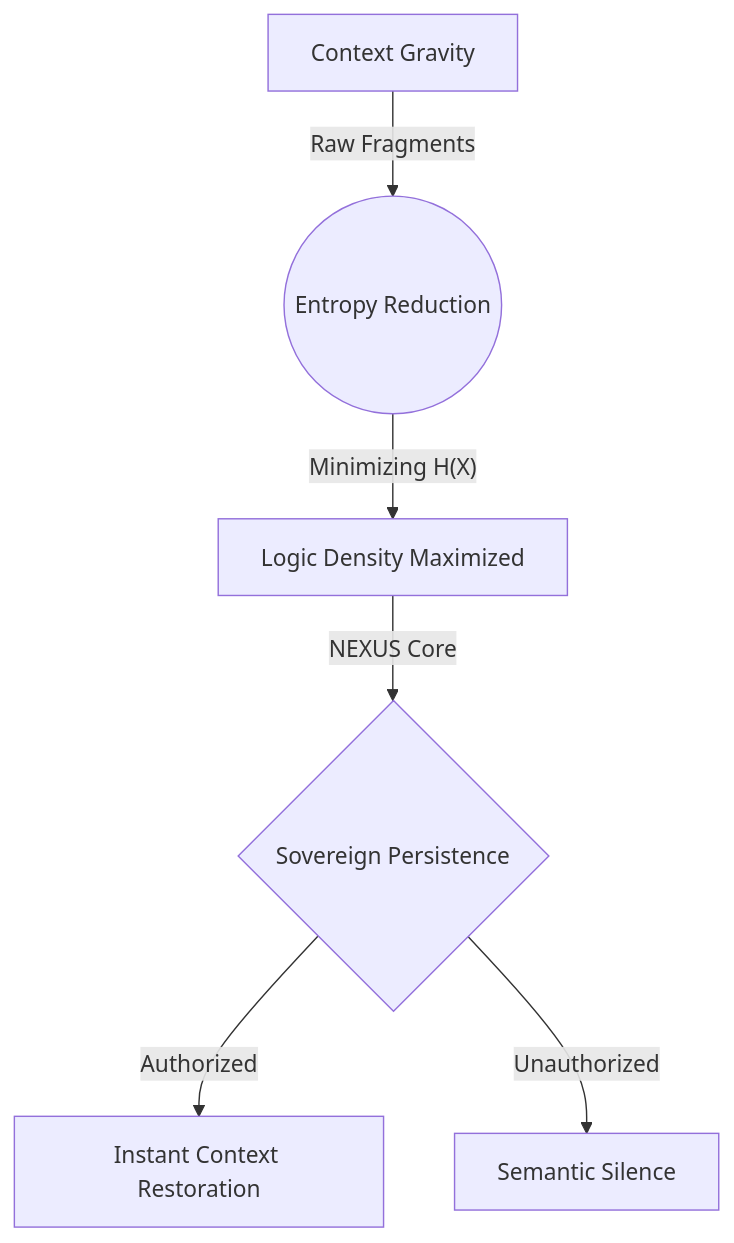
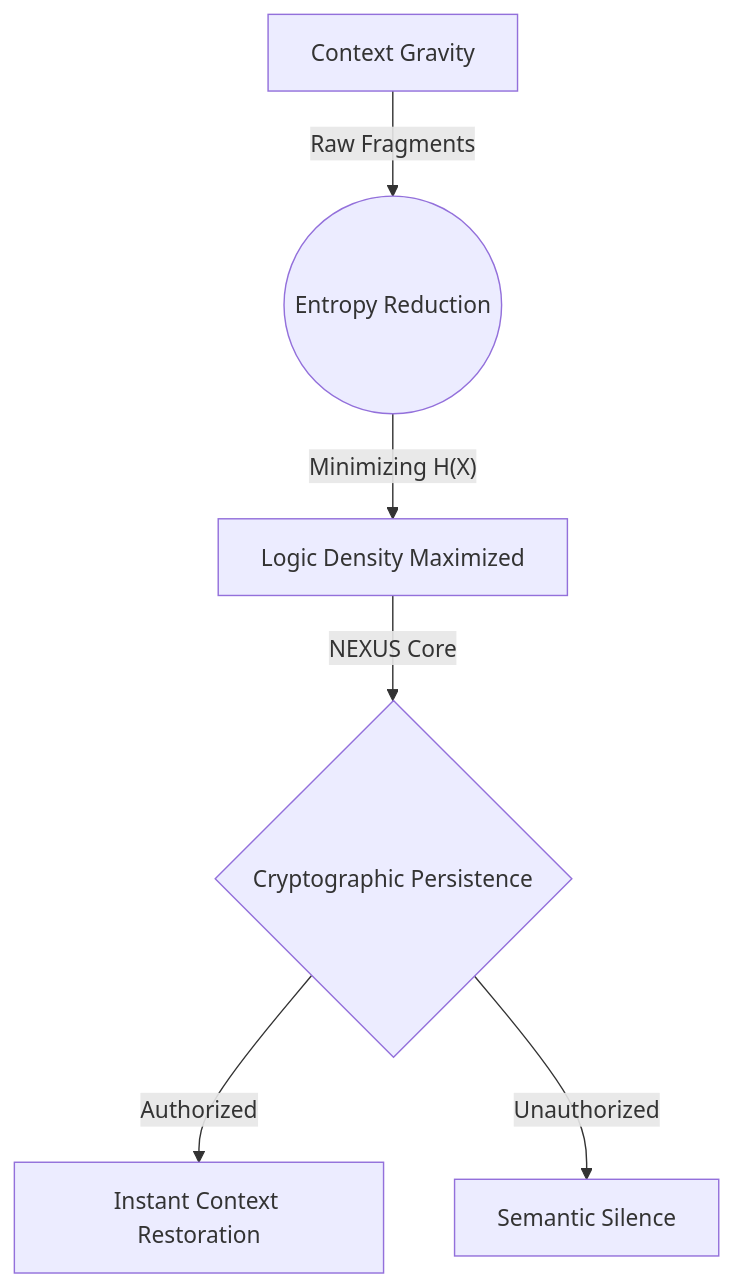
One commit to SteveBlackbeard/CHRONOLITH-by-Ethernium changed the third of 3 diagrams in README.md. Above: the diagram before and after it, drawn with Mermaid. The commit also changed other lines of this file and 20 other files, not shown here.

````diff
--- a/README.md
+++ b/README.md
@@ -266,8 +266,8 @@
 ```mermaid
 graph TD
     A[Context Gravity] -- "Raw Fragments" --> B((Entropy Reduction))
     B -- "Minimizing H(X)" --> C[Logic Density Maximized]
-    C -- "NEXUS Core" --> D{Sovereign Persistence}
+    C -- "NEXUS Core" --> D{Cryptographic Persistence}
     D -- "Authorized" --> E[Instant Context Restoration]
     D -- "Unauthorized" --> F[Semantic Silence]
 ```
````
